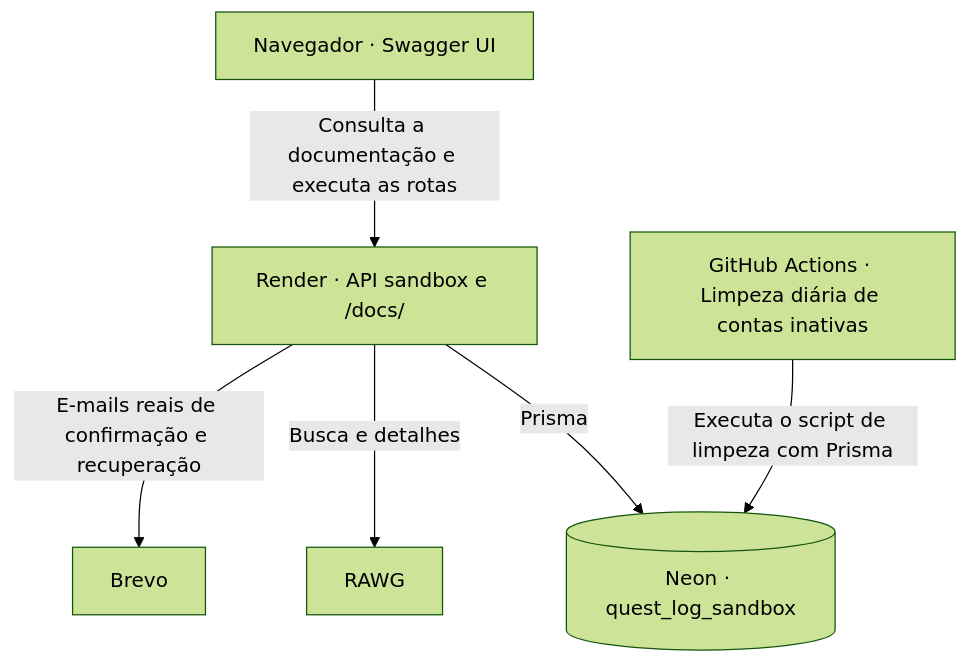
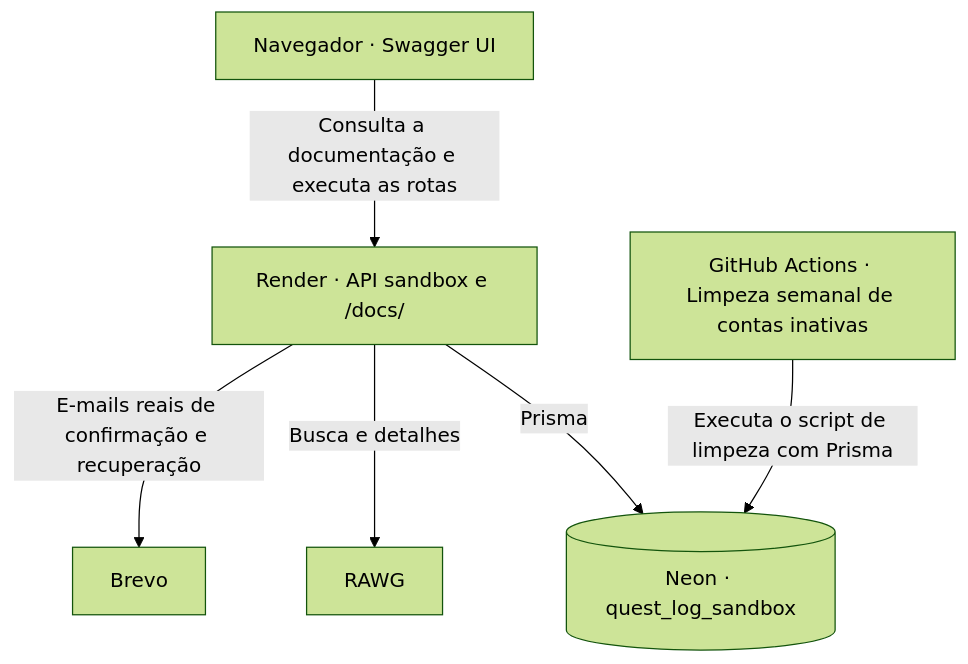
One commit to luanlumertz/quest-log changed the third of 4 diagrams in docs/architecture.md. Above: the diagram before and after it, drawn with Mermaid (forest theme). The commit also changed other lines of this file and 7 other files, not shown here.

````diff
--- a/docs/architecture.md
+++ b/docs/architecture.md
@@ -106,15 +106,15 @@
 ```mermaid
 flowchart TD
     browser["Navegador · Swagger UI"]
     api["Render · API sandbox e /docs/"]
     database[("Neon · quest_log_sandbox")]
     rawg["RAWG"]
     brevo["Brevo"]
-    cleanup["GitHub Actions · Limpeza diária de contas inativas"]
+    cleanup["GitHub Actions · Limpeza semanal de contas inativas"]
 
     browser -->|Consulta a documentação e executa as rotas| api
     api -->|Prisma| database
     api -->|Busca e detalhes| rawg
     api -->|E-mails reais de confirmação e recuperação| brevo
     cleanup -->|Executa o script de limpeza com Prisma| database
 ```
````
